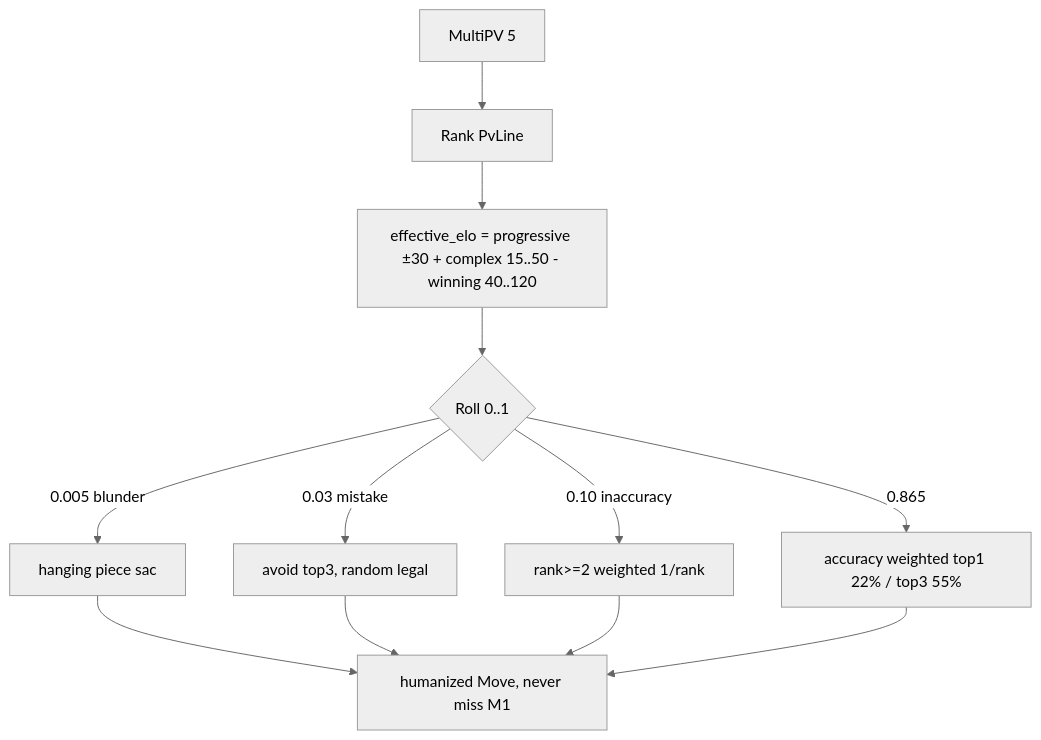
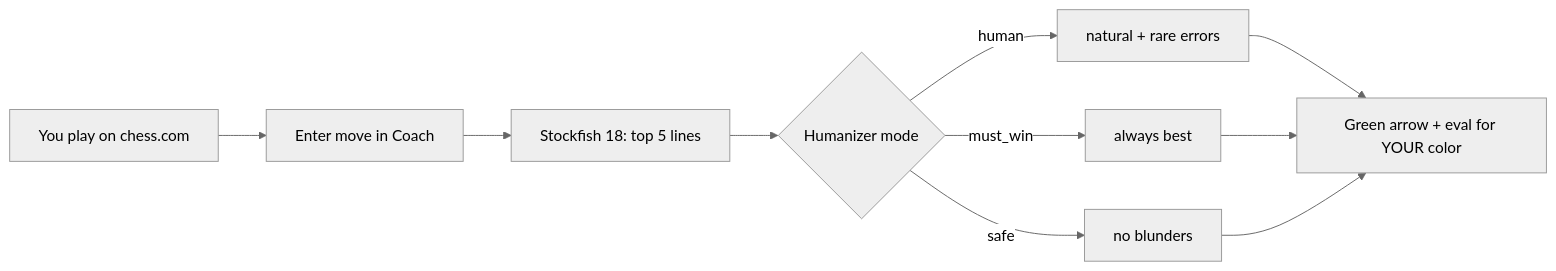
Before and after one commit to krsnaSuraj/chess-coach: the diagram in README.md, drawn with Mermaid (neutral theme). The commit also changed other lines of this file and 38 other files, not shown here.

````diff
--- a/README.md
+++ b/README.md
@@ -94,11 +42,10 @@
 ```mermaid
-flowchart TD
-    A[MultiPV 5] --> B[Rank PvLine]
-    B --> C[effective_elo = progressive ±30 + complex 15..50 - winning 40..120]
-    C --> D{Roll 0..1}
-    D -->|0.005 blunder| E[hanging piece sac]
-    D -->|0.03 mistake| F[avoid top3, random legal]
-    D -->|0.10 inaccuracy| G[rank>=2 weighted 1/rank]
-    D -->|0.865| H[accuracy weighted top1 22% / top3 55%]
-    E & F & G & H --> I[humanized Move, never miss M1]
+graph LR
+    U[You play on chess.com] --> C[Enter move in Coach]
+    C --> S[Stockfish 18: top 5 lines]
+    S --> H{Humanizer mode}
+    H -->|human| H1[natural + rare errors]
+    H -->|must_win| H2[always best]
+    H -->|safe| H3[no blunders]
+    H1 & H2 & H3 --> A[Green arrow + eval for YOUR color]
 ```
````
